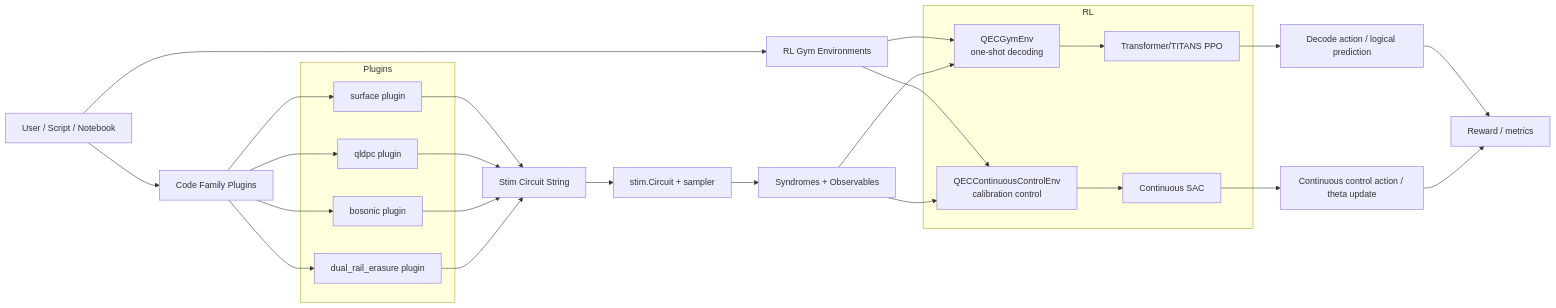
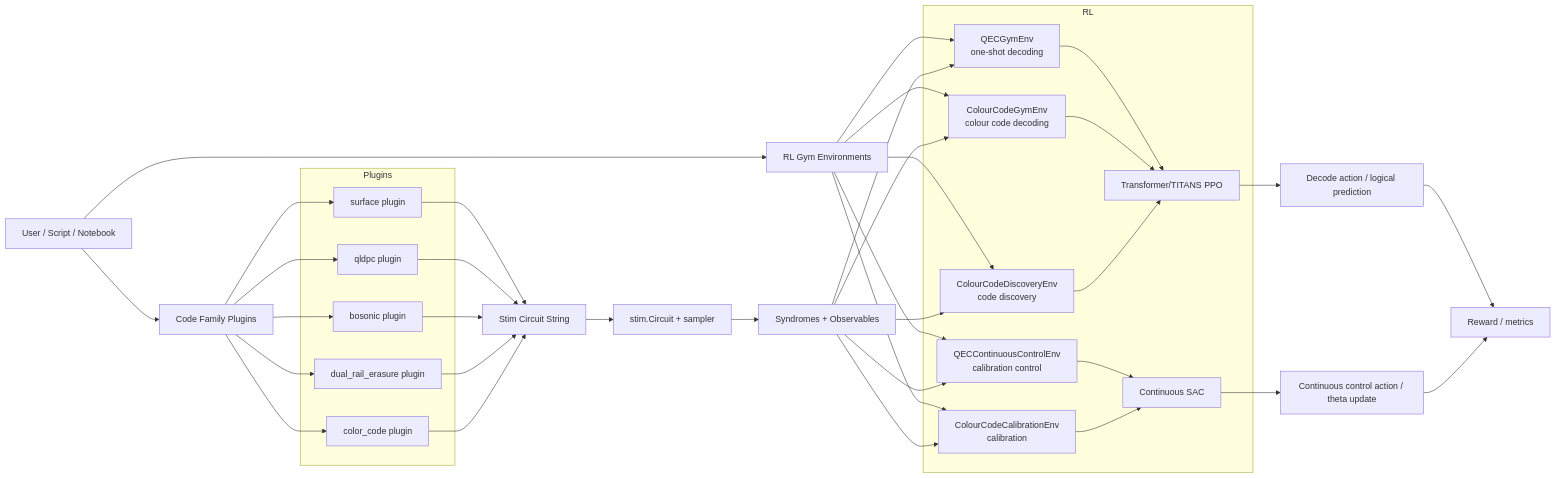
The diagram in Readme.md (Ryukijano/quantum-error-correction), drawn with Mermaid before and after one commit. The commit also changed other lines of this file and 15 other files, not shown here.

First line of the commit message:
Add full-stack colour code integration

````diff
--- a/Readme.md
+++ b/Readme.md
@@ -107,45 +151,60 @@
 ```mermaid
 flowchart LR
     U[User / Script / Notebook] --> A[Code Family Plugins]
     U --> B[RL Gym Environments]
 
     subgraph Plugins
         A1[surface plugin]
         A2[qldpc plugin]
         A3[bosonic plugin]
         A4[dual_rail_erasure plugin]
+        A5[color_code plugin]
     end
 
     A --> A1
     A --> A2
     A --> A3
     A --> A4
+    A --> A5
 
     A1 --> C[Stim Circuit String]
     A2 --> C
     A3 --> C
     A4 --> C
+    A5 --> C
 
     C --> D[stim.Circuit + sampler]
     D --> E[Syndromes + Observables]
 
     subgraph RL
         B1[QECGymEnv<br/>one-shot decoding]
         B2[QECContinuousControlEnv<br/>calibration control]
+        B3[ColourCodeGymEnv<br/>colour code decoding]
+        B4[ColourCodeDiscoveryEnv<br/>code discovery]
+        B5[ColourCodeCalibrationEnv<br/>calibration]
         F1[Transformer/TITANS PPO]
         F2[Continuous SAC]
     end
 
     B --> B1
     B --> B2
+    B --> B3
+    B --> B4
+    B --> B5
     E --> B1
     E --> B2
+    E --> B3
+    E --> B4
+    E --> B5
     B1 --> F1
     B2 --> F2
+    B3 --> F1
+    B4 --> F1
+    B5 --> F2
 
     F1 --> G[Decode action / logical prediction]
     F2 --> H[Continuous control action / theta update]
 
     G --> I[Reward / metrics]
     H --> I
 ```
````
